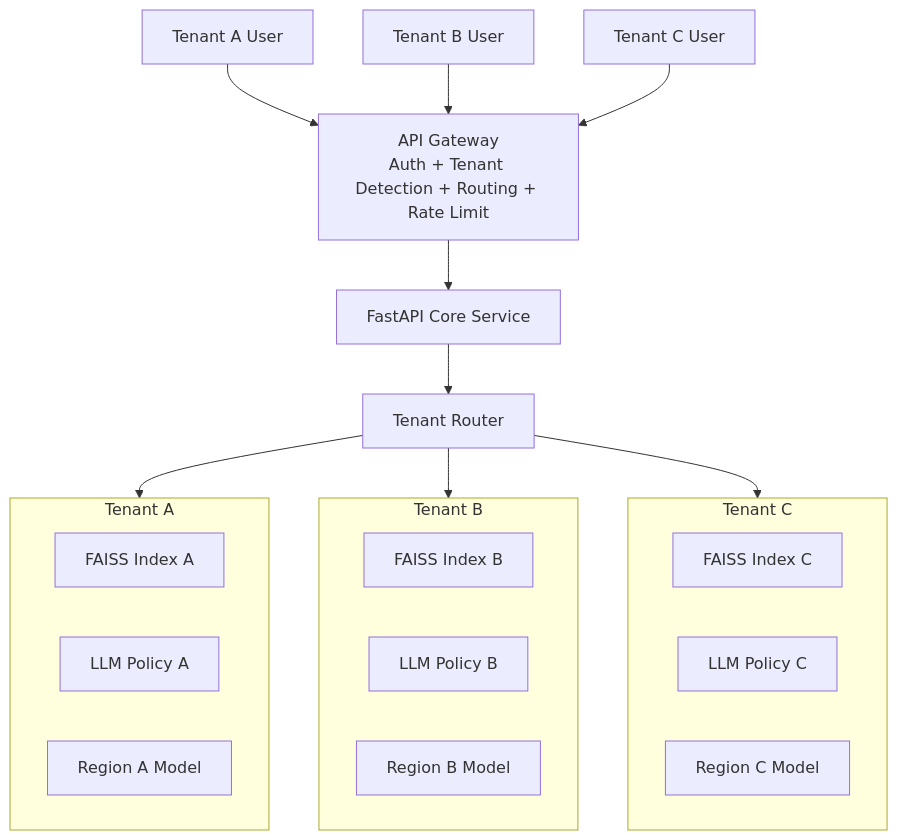
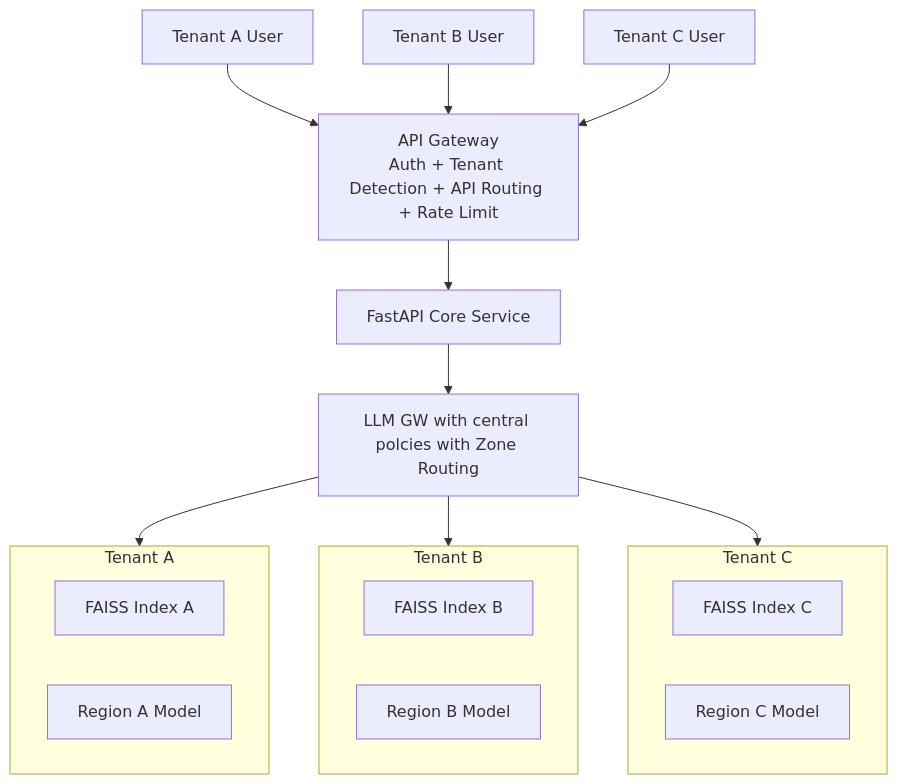
One commit to giriDSML/sap-cxii-tech-ex-02 changed the diagram in Multitenant.md. Above: the diagram before and after it, drawn with Mermaid.

Commit message:
Revise flowchart for multitenant architecture
updated the naming convention

````diff
--- a/Multitenant.md
+++ b/Multitenant.md
@@ -1,48 +1,45 @@
 ```mermaid
 flowchart TD
 
 %% Users
 U1[Tenant A User]
 U2[Tenant B User]
 U3[Tenant C User]
 
 %% Gateway Layer
-GW[API Gateway<br/>Auth + Tenant Detection + Routing + Rate Limit]
+GW[API Gateway<br/>Auth + Tenant Detection + API Routing + Rate Limit]
 
 %% Core API
 API[FastAPI Core Service]
 
-%% Tenant Router
-TR[Tenant Router]
+%% Tenant Router with centralised policies Zone Routing(LLM Gateway)
+TR[LLM GW with central polcies with Zone Routing]
 
 %% Tenant Isolation
 subgraph TA[Tenant A]
-    A1[FAISS Index A]
-    A2[LLM Policy A]
-    A3[Region A Model]
+     A1[FAISS Index A]
+     A2[Region A Model]
 end
 
 subgraph TB[Tenant B]
     B1[FAISS Index B]
-    B2[LLM Policy B]
-    B3[Region B Model]
+    B2[Region B Model]
 end
 
 subgraph TC[Tenant C]
     C1[FAISS Index C]
-    C2[LLM Policy C]
-    C3[Region C Model]
+    C2[Region C Model]
 end
 
 %% Flow
 U1 --> GW
 U2 --> GW
 U3 --> GW
 
 GW --> API
 API --> TR
 
 TR --> TA
 TR --> TB
 TR --> TC
 ```
````
